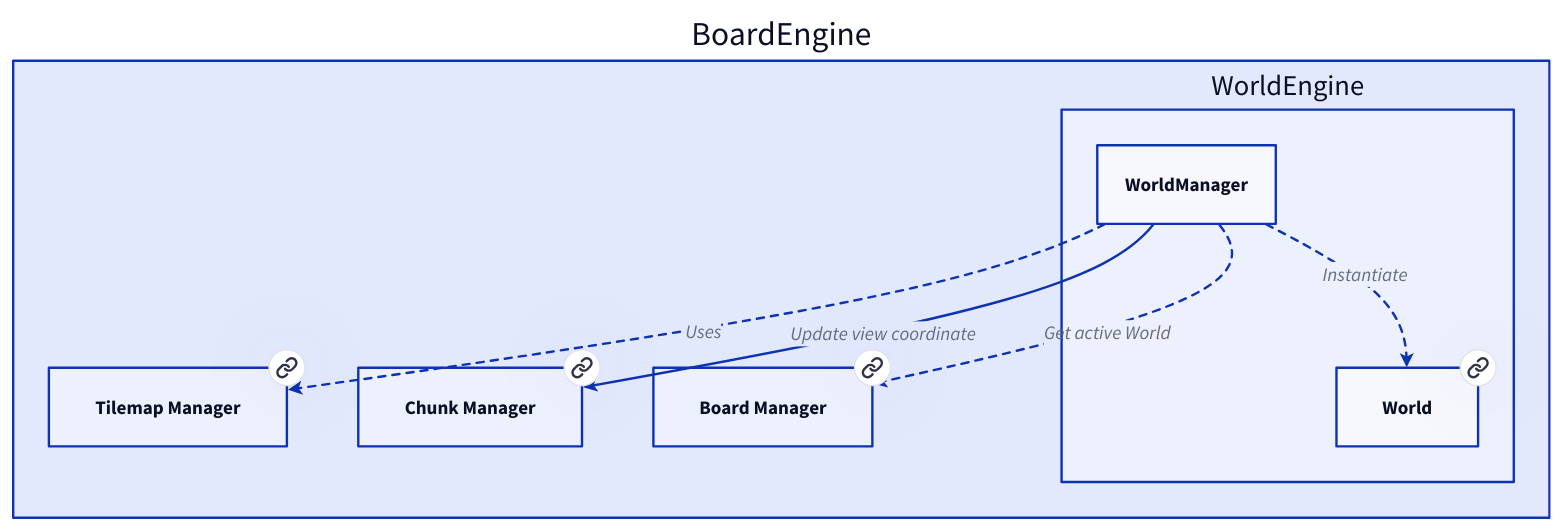
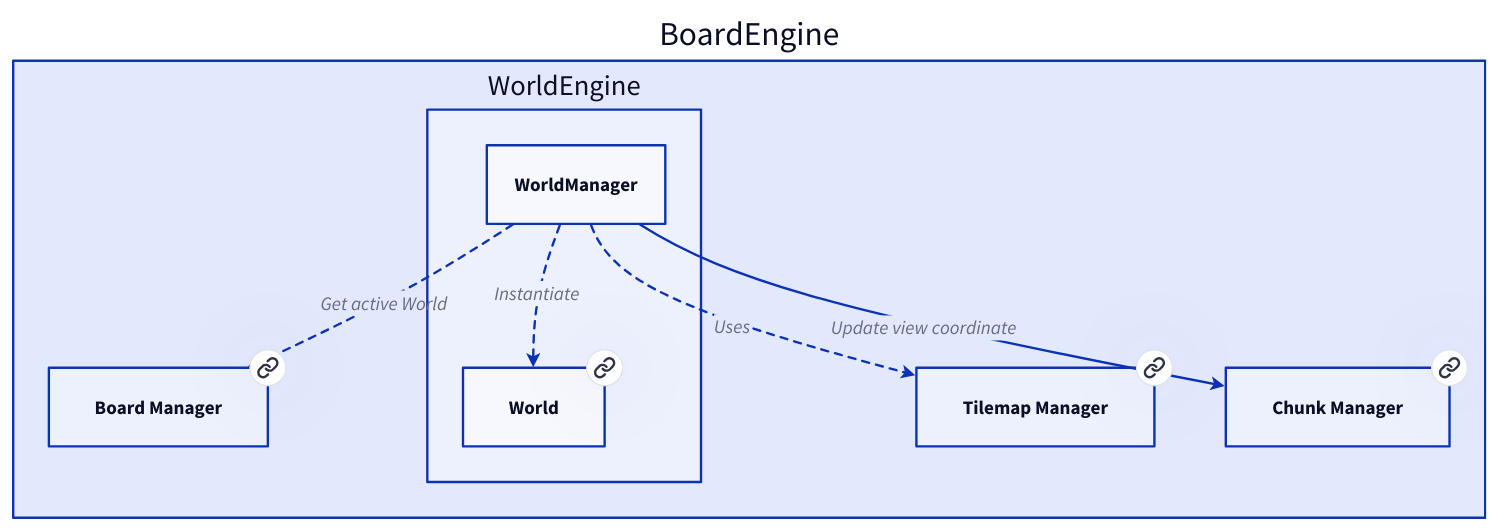
One commit to Portevent/Brume-Documentation changed the diagram in doc/BoardEngine/WorldEngine/WorldManager.md. Above: the diagram before and after it, drawn with D2. The commit also changed other lines of this file and 128 other files, not shown here.

````diff
--- a/doc/BoardEngine/WorldEngine/WorldManager.md
+++ b/doc/BoardEngine/WorldEngine/WorldManager.md
@@ -12,38 +12,38 @@
 ```d2
 # Nodes :
 BoardEngine: {
-    TilemapManager: Tilemap Manager {
-       link: TilemapManager
-    }
-    ChunkManager: Chunk Manager {
-       link: ChunkManager
-    }
     BoardManager: Board Manager {
        link: BoardManager
     }
     WorldEngine: {
         World: World {
            link: World
         }
+    }
+    TilemapManager: Tilemap Manager {
+       link: TilemapManager
+    }
+    ChunkManager: Chunk Manager {
+       link: ChunkManager
     }
 }
 
 # Links :
 BoardEngine.WorldEngine.WorldManager -> BoardEngine.BoardManager: Get active World {style.stroke-dash: 3
 source-arrowhead: {}
 target-arrowhead: {shape: arrow}
 }
 BoardEngine.WorldEngine.WorldManager -> BoardEngine.ChunkManager: Update view coordinate {
 source-arrowhead: {}
 target-arrowhead: {shape: arrow}
 }
 BoardEngine.WorldEngine.WorldManager -> BoardEngine.WorldEngine.World: Instantiate {style.stroke-dash: 3
 source-arrowhead: {}
 target-arrowhead: {shape: arrow}
 }
 BoardEngine.WorldEngine.WorldManager -> BoardEngine.TilemapManager: Uses {style.stroke-dash: 3
 source-arrowhead: {}
 target-arrowhead: {shape: arrow}
 }
 
 ```
````
